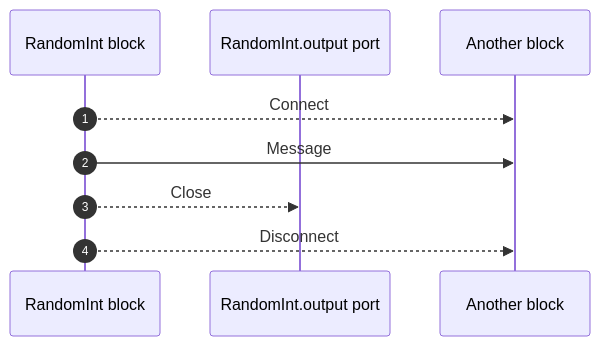
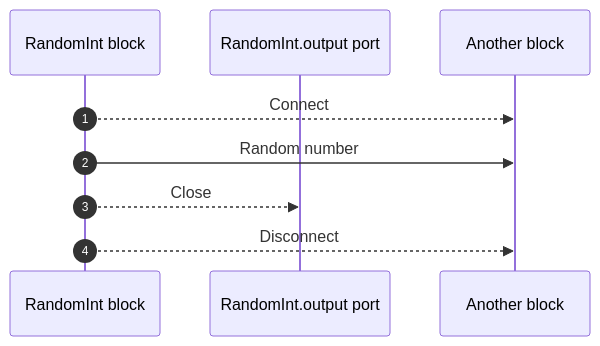
The diagram in lib/protoflow-blocks/doc/core/random_int.seq.mmd (AsimovPlatform/protoflow), drawn with Mermaid before and after one commit. The commit also changed 1 other file, not shown here.

```diff
--- a/lib/protoflow-blocks/doc/core/random_int.seq.mmd
+++ b/lib/protoflow-blocks/doc/core/random_int.seq.mmd
@@ -1,12 +1,12 @@
 sequenceDiagram
     autonumber
     participant RandomInt as RandomInt block
     participant RandomInt.output as RandomInt.output port
     participant BlockA as Another block
 
     RandomInt-->>BlockA: Connect
 
-    RandomInt->>BlockA: Message
+    RandomInt->>BlockA: Random number
 
     RandomInt-->>RandomInt.output: Close
     RandomInt-->>BlockA: Disconnect
```
